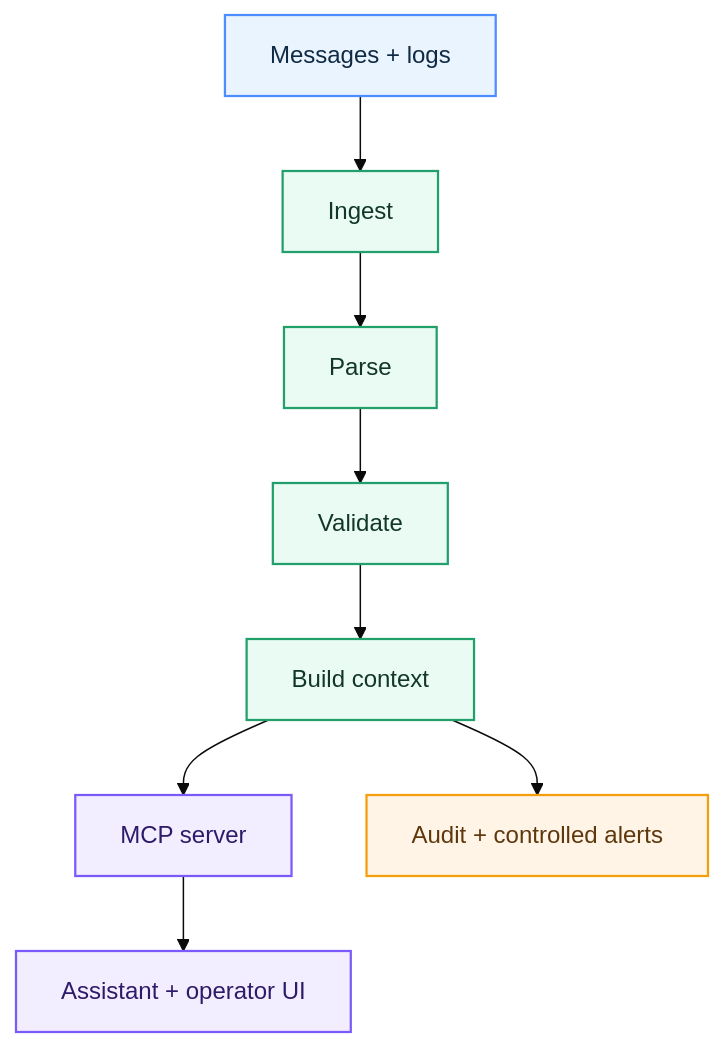
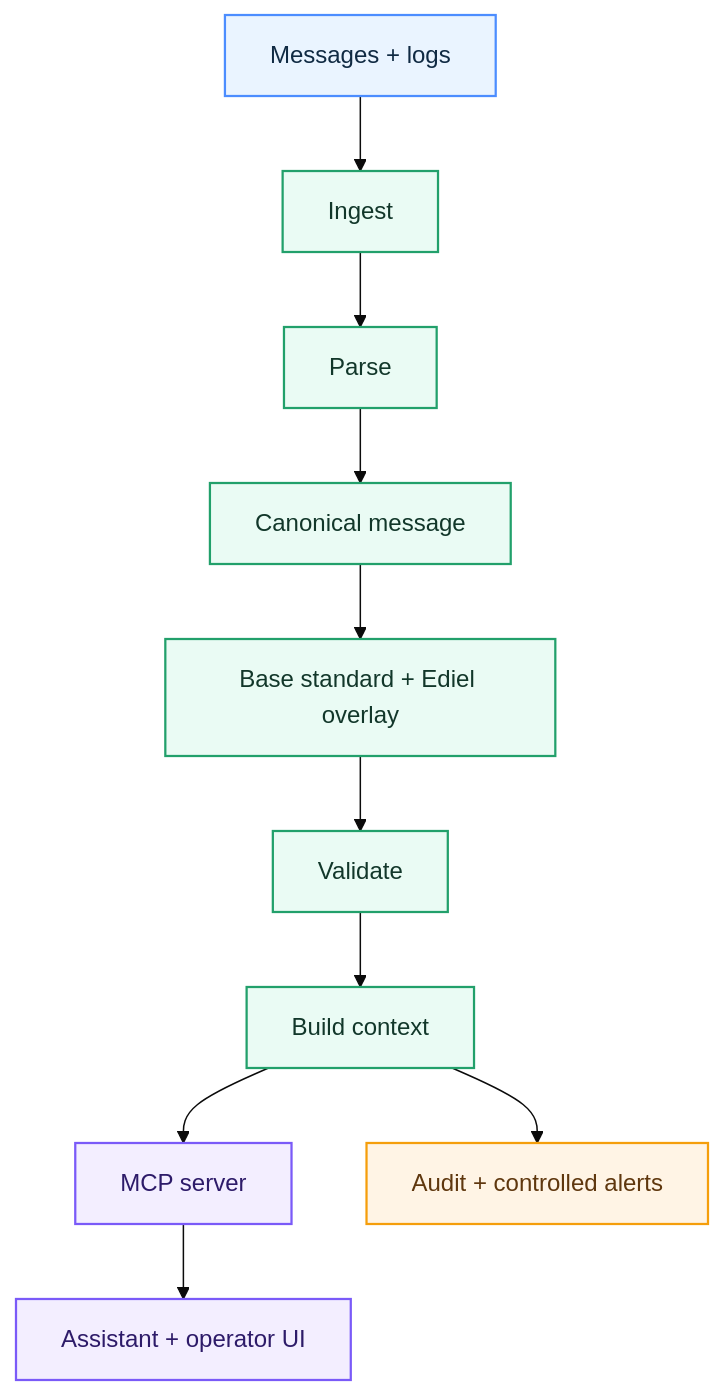
Before and after one commit to cjrandersson/tydel-arosyn-mcp: the diagram in README.md, drawn with Mermaid (base theme). The commit also changed other lines of this file, not shown here.

````diff
--- a/README.md
+++ b/README.md
@@ -110,15 +115,17 @@
 ```mermaid
 flowchart TD
     A["Messages + logs"]:::input --> B["Ingest"]:::core
     B --> C["Parse"]:::core
-    C --> D["Validate"]:::core
-    D --> E["Build context"]:::core
-    E --> F["MCP server"]:::mcp
-    F --> G["Assistant + operator UI"]:::mcp
-    E --> H["Audit + controlled alerts"]:::action
+    C --> D["Canonical message"]:::core
+    D --> E["Base standard + Ediel overlay"]:::core
+    E --> F["Validate"]:::core
+    F --> G["Build context"]:::core
+    G --> H["MCP server"]:::mcp
+    H --> I["Assistant + operator UI"]:::mcp
+    G --> J["Audit + controlled alerts"]:::action
 
     classDef input fill:#EAF4FF,stroke:#4C8DFF,color:#102A43,stroke-width:1.5px;
     classDef core fill:#EAFBF4,stroke:#22A06B,color:#12372A,stroke-width:1.5px;
     classDef mcp fill:#F3EEFF,stroke:#7A5AF8,color:#2D1B69,stroke-width:1.5px;
     classDef action fill:#FFF4E5,stroke:#F59E0B,color:#5F370E,stroke-width:1.5px;
 ```
````
